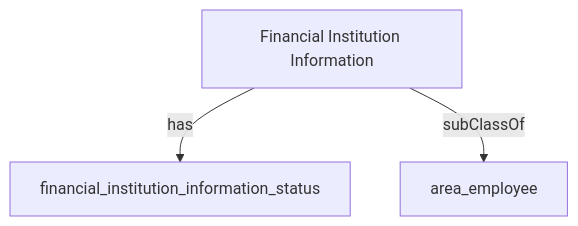
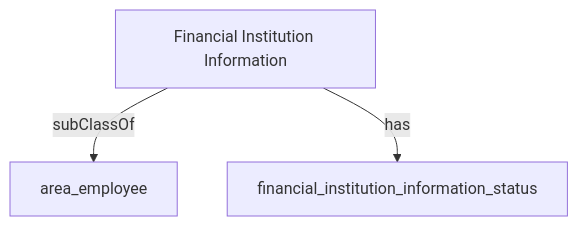
The diagram in content/hr_data_model/financial_institution_information.md (heidingaway/heidi2), drawn with Mermaid before and after one commit. The commit also changed other lines of this file and 350 other files, not shown here.

````diff
--- a/content/hr_data_model/financial_institution_information.md
+++ b/content/hr_data_model/financial_institution_information.md
@@ -19,8 +20,8 @@
 ```mermaid
 graph TD
   Financial_Institution_Information["Financial Institution Information"]:::current-page-node
   area_employee["area_employee"]
   financial_institution_information_status["financial_institution_information_status"]
+  Financial_Institution_Information-->|" subClassOf "|area_employee
   Financial_Institution_Information-->|" has "|financial_institution_information_status
-  Financial_Institution_Information-->|" subClassOf "|area_employee
 ```
````
